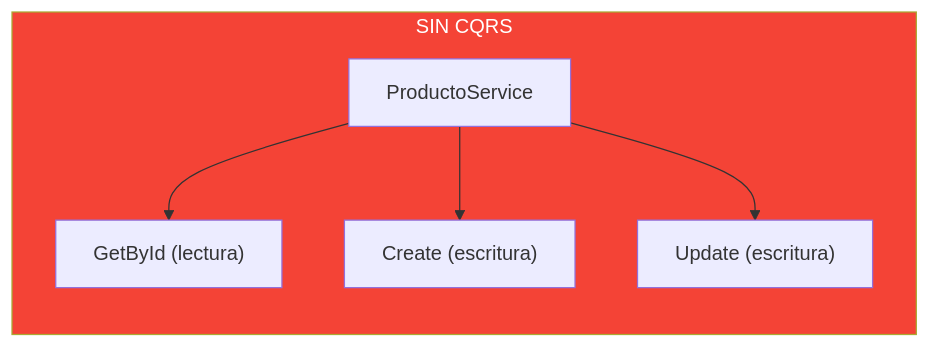
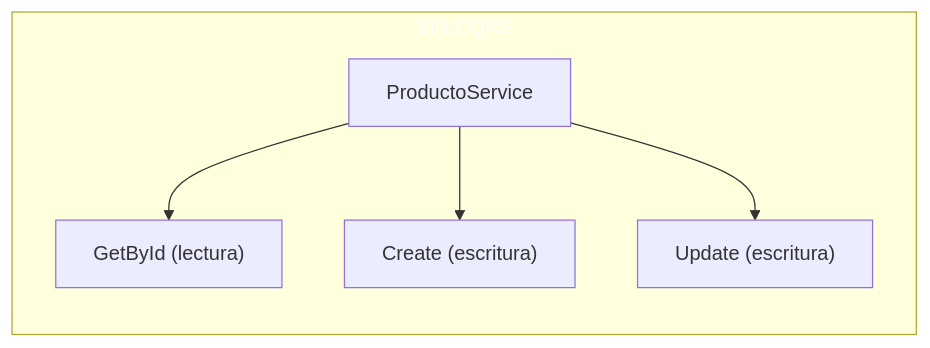
Before and after one commit to joseluisgs/DesarrolloWebEntornosServidor-02-2026-2027: the fourth of 6 diagrams in 11-clean-architecture.md, drawn with Mermaid. The commit also changed other lines of this file and 41 other files, not shown here.

````diff
--- a/11-clean-architecture.md
+++ b/11-clean-architecture.md
@@ -347,10 +347,10 @@
 ```mermaid
 flowchart LR
     subgraph MIXTO["SIN CQRS"]
         S1["ProductoService"] --> L1["GetById (lectura)"]
         S1 --> E1["Create (escritura)"]
         S1 --> U1["Update (escritura)"]
     end
 
-    style MIXTO fill:#f44336,color:#fff
+    style MIXTO fill:#f4433,color:#fff6,color:#fff
 ```
````
